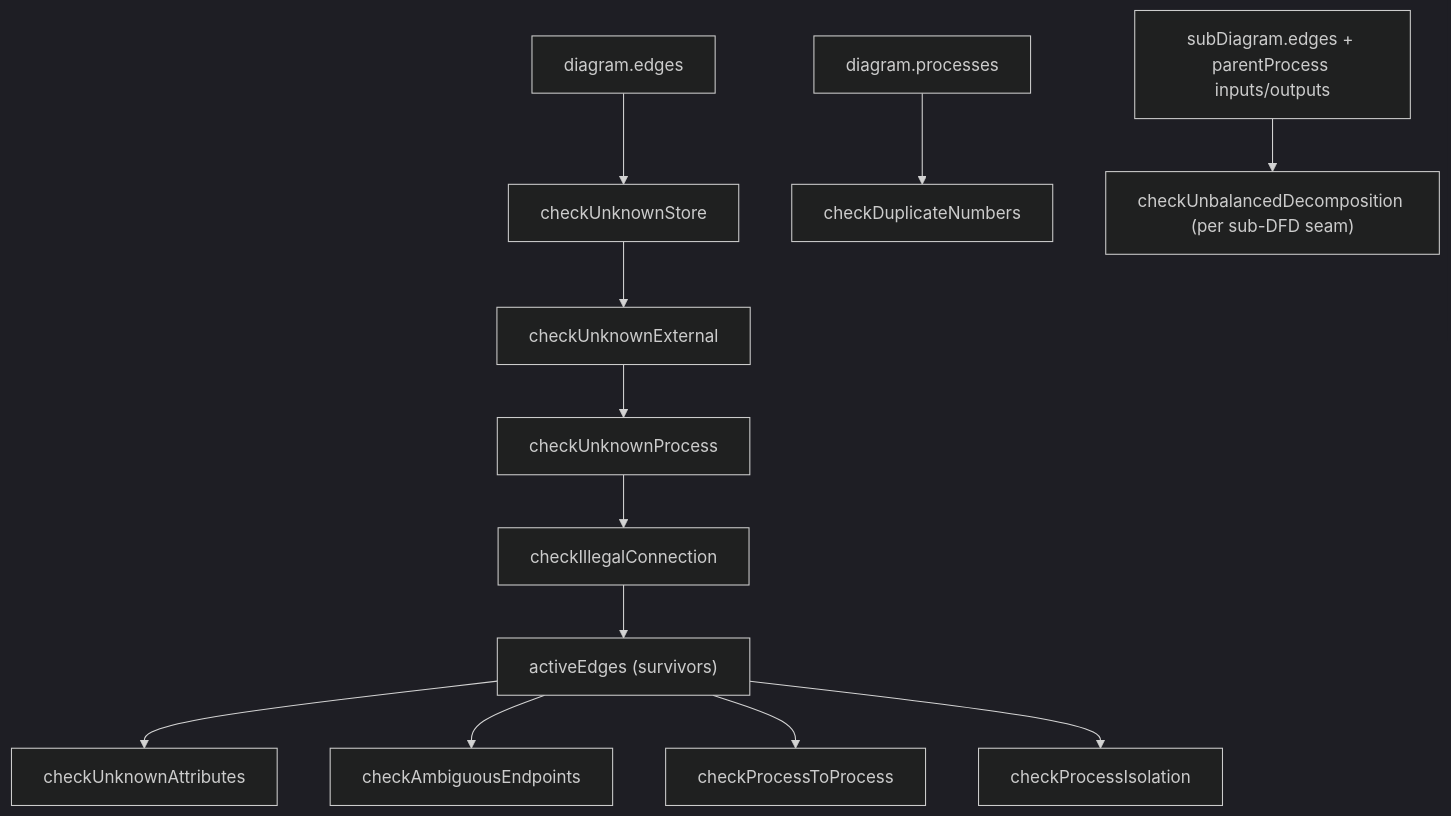
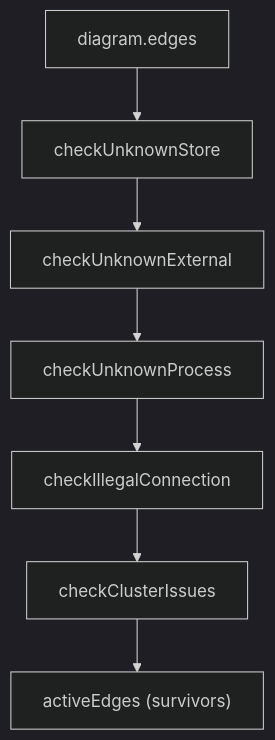
Before and after one commit to noormdev/ignatius: the seventh of 7 diagrams in docs/wiki/flows.md, drawn with Mermaid (dark theme). The commit also changed other lines of this file and 128 other files, not shown here.

````diff
--- a/docs/wiki/flows.md
+++ b/docs/wiki/flows.md
@@ -64,14 +114,9 @@
 ```mermaid
 flowchart TD
     Start["diagram.edges"] --> B1["checkUnknownStore"]
     B1 --> B2["checkUnknownExternal"]
     B2 --> B3["checkUnknownProcess"]
     B3 --> B4["checkIllegalConnection"]
-    B4 --> Active["activeEdges (survivors)"]
-    Active --> A1["checkUnknownAttributes"]
-    Active --> A2["checkAmbiguousEndpoints"]
-    Active --> A3["checkProcessToProcess"]
-    Active --> A4["checkProcessIsolation"]
-    Procs["diagram.processes"] --> A5["checkDuplicateNumbers"]
-    Seam["subDiagram.edges + parentProcess inputs/outputs"] --> A6["checkUnbalancedDecomposition (per sub-DFD seam)"]
+    B4 --> B5["checkClusterIssues"]
+    B5 --> Active["activeEdges (survivors)"]
 ```
````
